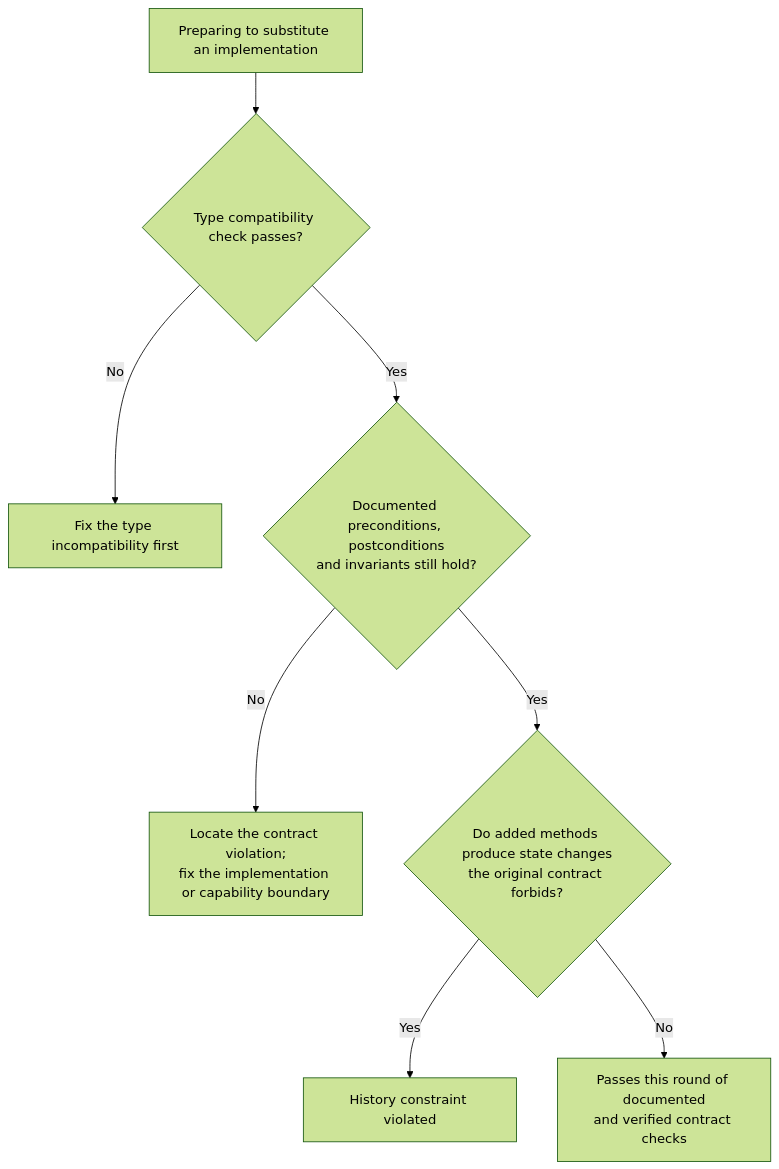
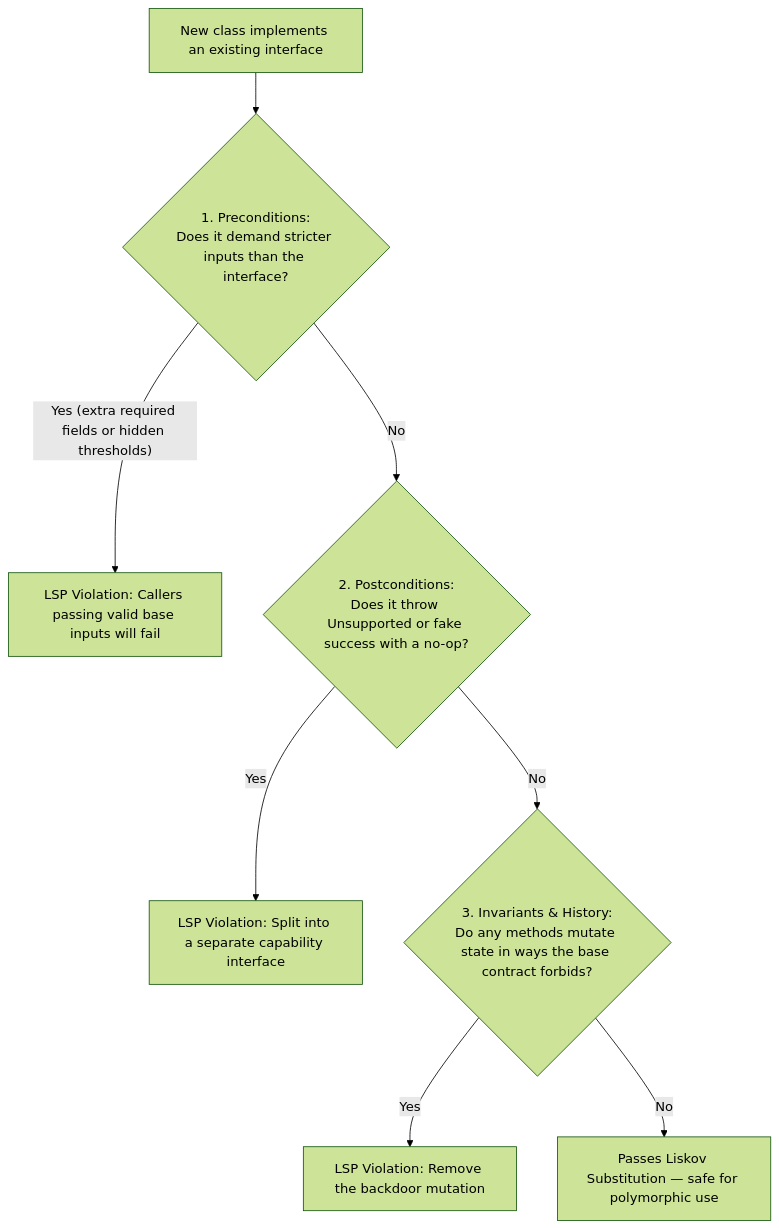
Before and after one commit to ffzz/blog: the second of 2 diagrams in src/content/notes/en/liskov-what-the-signature-does-not-check.md, drawn with Mermaid (forest theme). The commit also changed other lines of this file and 16 other files, not shown here.

````diff
--- a/src/content/notes/en/liskov-what-the-signature-does-not-check.md
+++ b/src/content/notes/en/liskov-what-the-signature-does-not-check.md
@@ -396,10 +322,10 @@
 ```mermaid
 flowchart TD
-    A["Preparing to substitute an implementation"] --> B{"Type compatibility check passes?"}
-    B -- No --> C["Fix the type incompatibility first"]
-    B -- Yes --> D{"Documented preconditions, postconditions<br/>and invariants still hold?"}
-    D -- No --> E["Locate the contract violation;<br/>fix the implementation or capability boundary"]
-    D -- Yes --> F{"Do added methods produce state changes<br/>the original contract forbids?"}
-    F -- Yes --> G["History constraint violated"]
-    F -- No --> H["Passes this round of documented<br/>and verified contract checks"]
+    Start["New class implements an existing interface"] --> Q1{"1. Preconditions:<br/>Does it demand stricter inputs than the interface?"}
+    Q1 -- "Yes (extra required fields or hidden thresholds)" --> Fail1["LSP Violation: Callers passing valid base inputs will fail"]
+    Q1 -- "No" --> Q2{"2. Postconditions:<br/>Does it throw Unsupported or fake success with a no-op?"}
+    Q2 -- "Yes" --> Fail2["LSP Violation: Split into a separate capability interface"]
+    Q2 -- "No" --> Q3{"3. Invariants & History:<br/>Do any methods mutate state in ways the base contract forbids?"}
+    Q3 -- "Yes" --> Fail3["LSP Violation: Remove the backdoor mutation"]
+    Q3 -- "No" --> Pass["Passes Liskov Substitution — safe for polymorphic use"]
 ```
````
